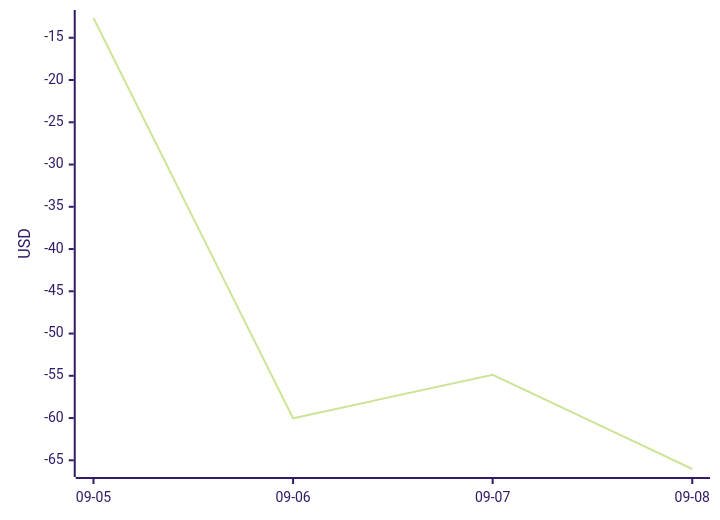
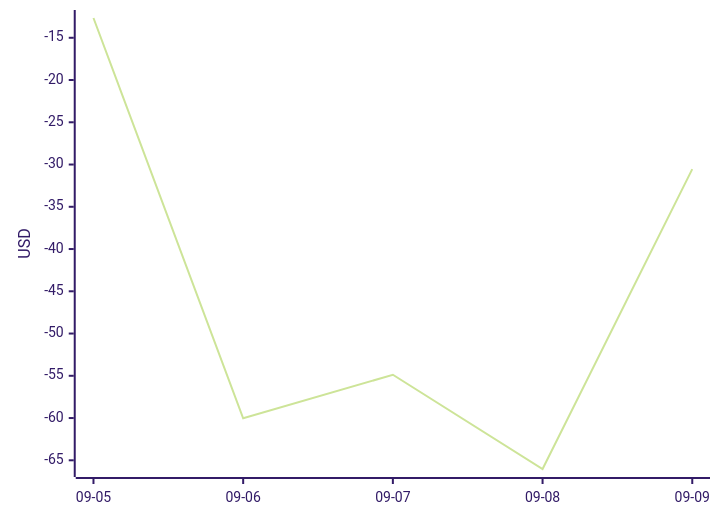
The diagram in DASHBOARD.md (aryanvaid2108/prediction-trading), drawn with Mermaid (forest theme) before and after one commit. The commit also changed other lines of this file and 6 other files, not shown here.

````diff
--- a/DASHBOARD.md
+++ b/DASHBOARD.md
@@ -60,6 +60,6 @@
 ```mermaid
 xychart-beta
-  x-axis ["09-05", "09-06", "09-07", "09-08"]
+  x-axis ["09-05", "09-06", "09-07", "09-08", "09-09"]
   y-axis "USD"
-  line [-12.66, -60.03, -54.88, -66.03]
+  line [-12.66, -60.03, -54.88, -66.03, -30.54]
 ```
````
